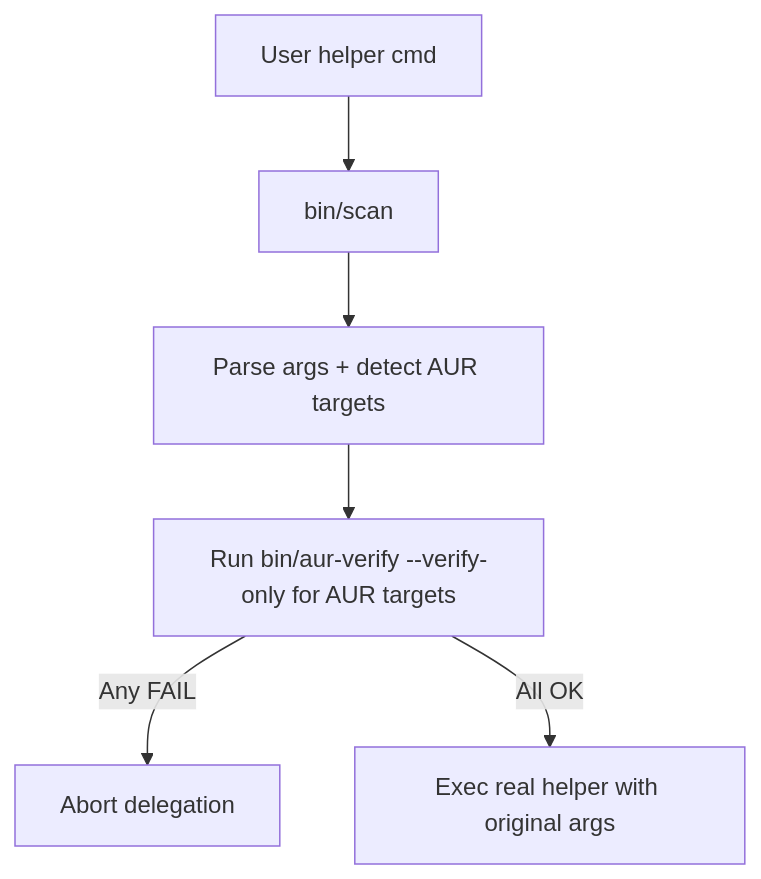
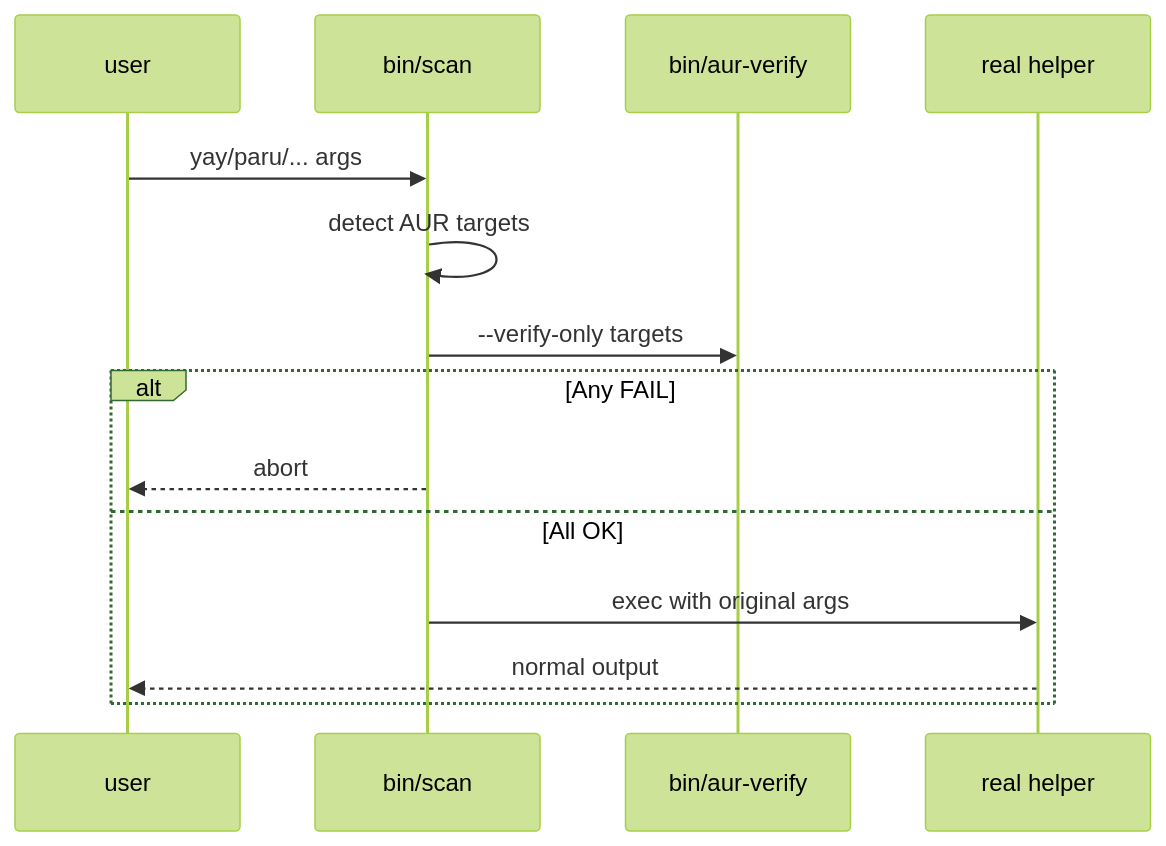
One commit to LuigiD5555/aur_scanner changed the ninth of 12 diagrams in docs/developer/README.dev.md. Above: the diagram before and after it, drawn with Mermaid. The commit also changed other lines of this file and 2 other files, not shown here.

````diff
--- a/docs/developer/README.dev.md
+++ b/docs/developer/README.dev.md
@@ -962,8 +412,17 @@
 ```mermaid
-flowchart TD
-    UserCmd[User helper cmd] --> Guard[bin/scan]
-    Guard --> Parse[Parse args + detect AUR targets]
-    Parse --> Verify[Run bin/aur-verify --verify-only for AUR targets]
-    Verify -->|Any FAIL| Abort[Abort delegation]
-    Verify -->|All OK| Delegate[Exec real helper with original args]
+%%{init: {"theme": "forest", "handDrawn": true}}%%
+sequenceDiagram
+    participant User as user
+    participant Guard as bin/scan
+    participant Verify as bin/aur-verify
+    participant Helper as real helper
+    User->>Guard: yay/paru/... args
+    Guard->>Guard: detect AUR targets
+    Guard->>Verify: --verify-only targets
+    alt Any FAIL
+        Guard-->>User: abort
+    else All OK
+        Guard->>Helper: exec with original args
+        Helper-->>User: normal output
+    end
 ```
````
